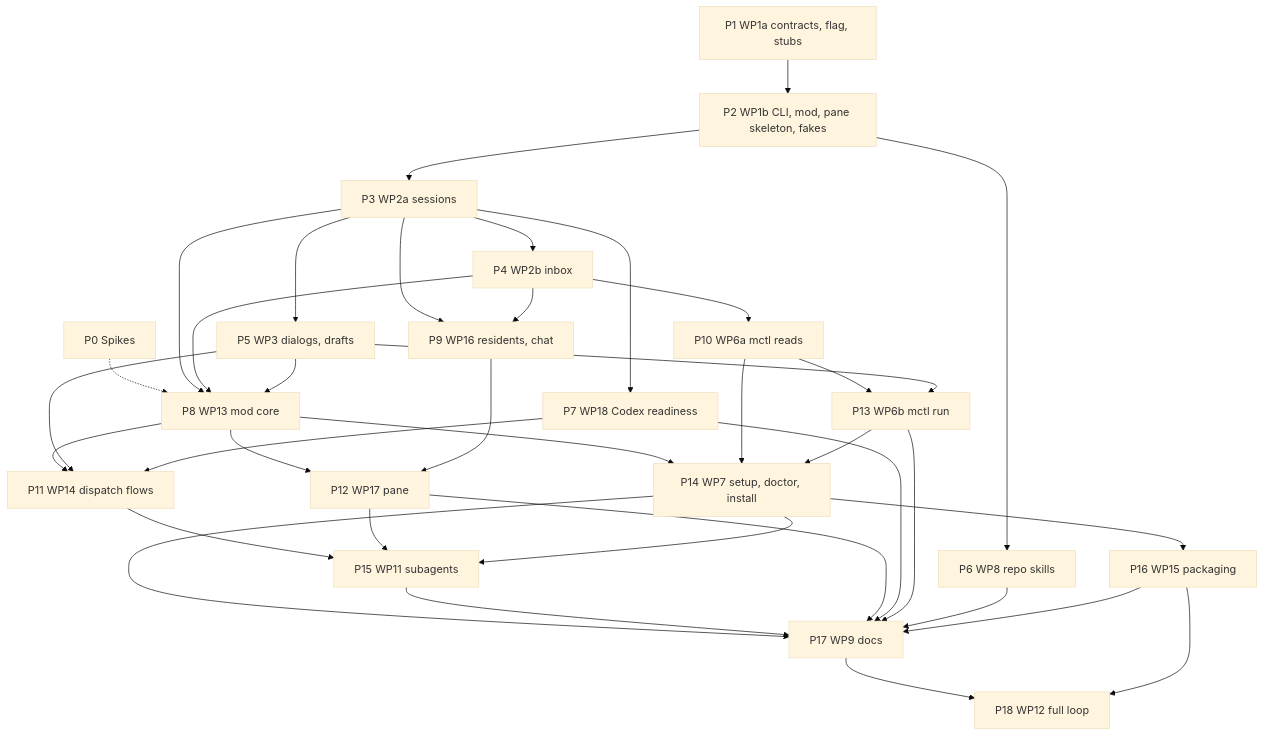
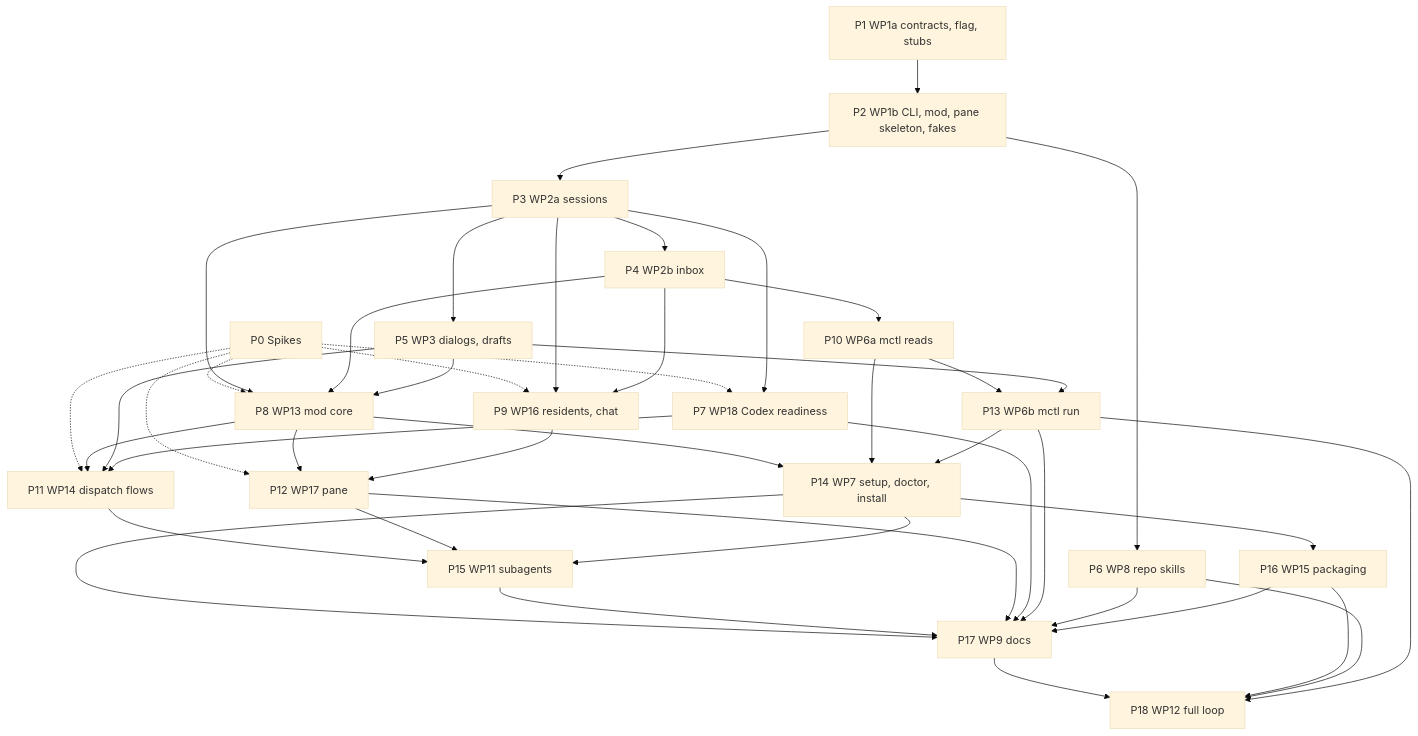
One commit to teamupstart/mission-control changed the third of 3 diagrams in docs/plans/headless-mode-implementation/plan.md. Above: the diagram before and after it, drawn with Mermaid (base theme). The commit also changed other lines of this file and 17 other files, not shown here.

````diff
--- a/docs/plans/headless-mode-implementation/plan.md
+++ b/docs/plans/headless-mode-implementation/plan.md
@@ -194,39 +210,45 @@
 ```mermaid
 flowchart TD
-  P0[P0 Spikes] -.-> P8
+  P0[P0 Spikes] -.-> P7
+  P0 -.-> P8
+  P0 -.-> P9
+  P0 -.-> P11
+  P0 -.-> P12
   P1[P1 WP1a contracts, flag, stubs] --> P2[P2 WP1b CLI, mod, pane skeleton, fakes]
   P2 --> P3[P3 WP2a sessions]
   P3 --> P4[P4 WP2b inbox]
   P3 --> P5[P5 WP3 dialogs, drafts]
   P2 --> P6[P6 WP8 repo skills]
   P3 --> P7[P7 WP18 Codex readiness]
   P3 --> P8[P8 WP13 mod core]
   P4 --> P8
   P5 --> P8
   P3 --> P9[P9 WP16 residents, chat]
   P4 --> P9
   P4 --> P10[P10 WP6a mctl reads]
   P8 --> P11[P11 WP14 dispatch flows]
   P5 --> P11
   P7 --> P11
   P8 --> P12[P12 WP17 pane]
   P9 --> P12
   P10 --> P13[P13 WP6b mctl run]
   P5 --> P13
   P8 --> P14[P14 WP7 setup, doctor, install]
   P10 --> P14
   P13 --> P14
   P11 --> P15[P15 WP11 subagents]
   P12 --> P15
   P14 --> P15
   P14 --> P16[P16 WP15 packaging]
   P14 --> P17[P17 WP9 docs]
   P15 --> P17
   P12 --> P17
   P7 --> P17
   P13 --> P17
   P6 --> P17
   P16 --> P17
   P17 --> P18[P18 WP12 full loop]
   P16 --> P18
+  P6 --> P18
+  P13 --> P18
 ```
````
